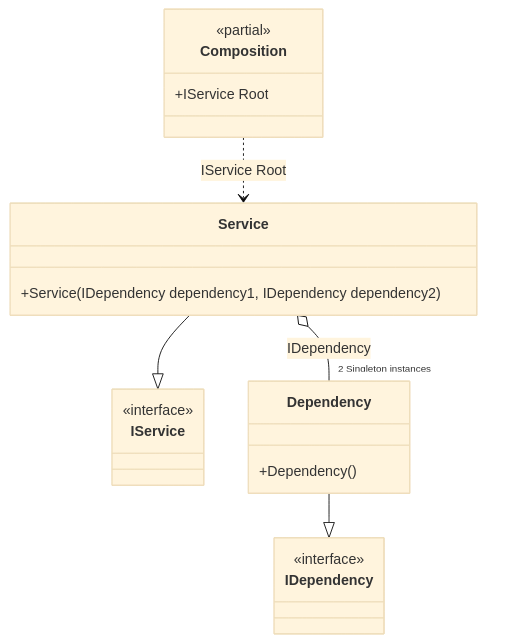
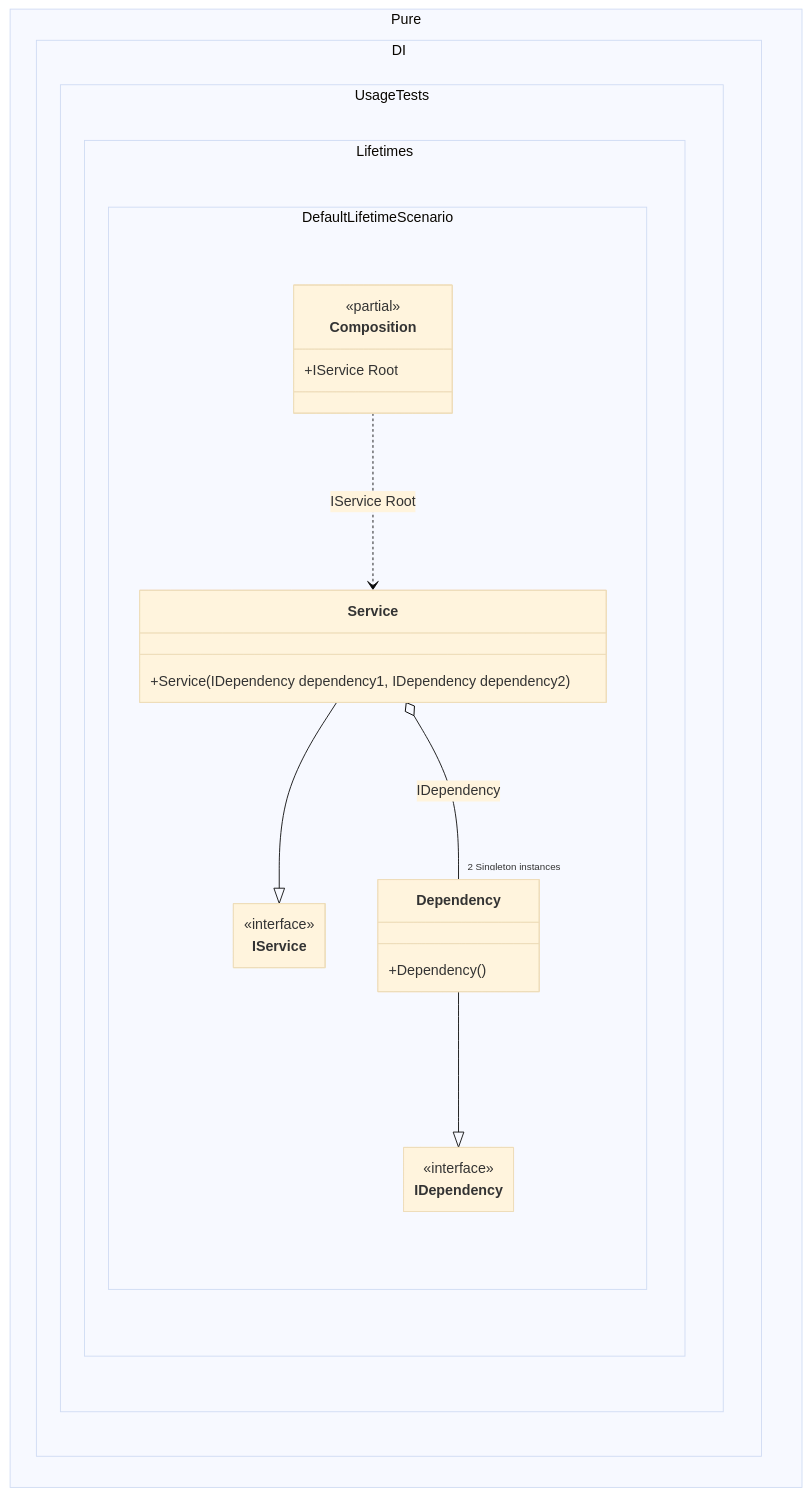
One commit to DevTeam/Pure.DI changed the diagram in readme/default-lifetime.md. Above: the diagram before and after it, drawn with Mermaid (base theme). The commit also changed 103 other files, not shown here.

Commit message:
Improved class diagrams

````diff
--- a/readme/default-lifetime.md
+++ b/readme/default-lifetime.md
@@ -102,23 +102,30 @@
 ```mermaid
+---
+ config:
+  class:
+   hideEmptyMembersBox: true
+---
 classDiagram
-	class Composition {
+	Service --|> IService
+	Dependency --|> IDependency
+	Composition ..> Service : IService Root
+	Service o-- "2 Singleton instances" Dependency : IDependency
+	namespace Pure.DI.UsageTests.Lifetimes.DefaultLifetimeScenario {
+		class Composition {
 		<<partial>>
 		+IService Root
+		}
+		class Dependency {
+			+Dependency()
+		}
+		class IDependency {
+			<<interface>>
+		}
+		class IService {
+			<<interface>>
+		}
+		class Service {
+			+Service(IDependency dependency1, IDependency dependency2)
+		}
 	}
-	Service --|> IService
-	class Service {
-		+Service(IDependency dependency1, IDependency dependency2)
-	}
-	Dependency --|> IDependency
-	class Dependency {
-		+Dependency()
-	}
-	class IService {
-		<<interface>>
-	}
-	class IDependency {
-		<<interface>>
-	}
-	Composition ..> Service : IService Root
-	Service o-- "2 Singleton instances" Dependency : IDependency
 ```
````
